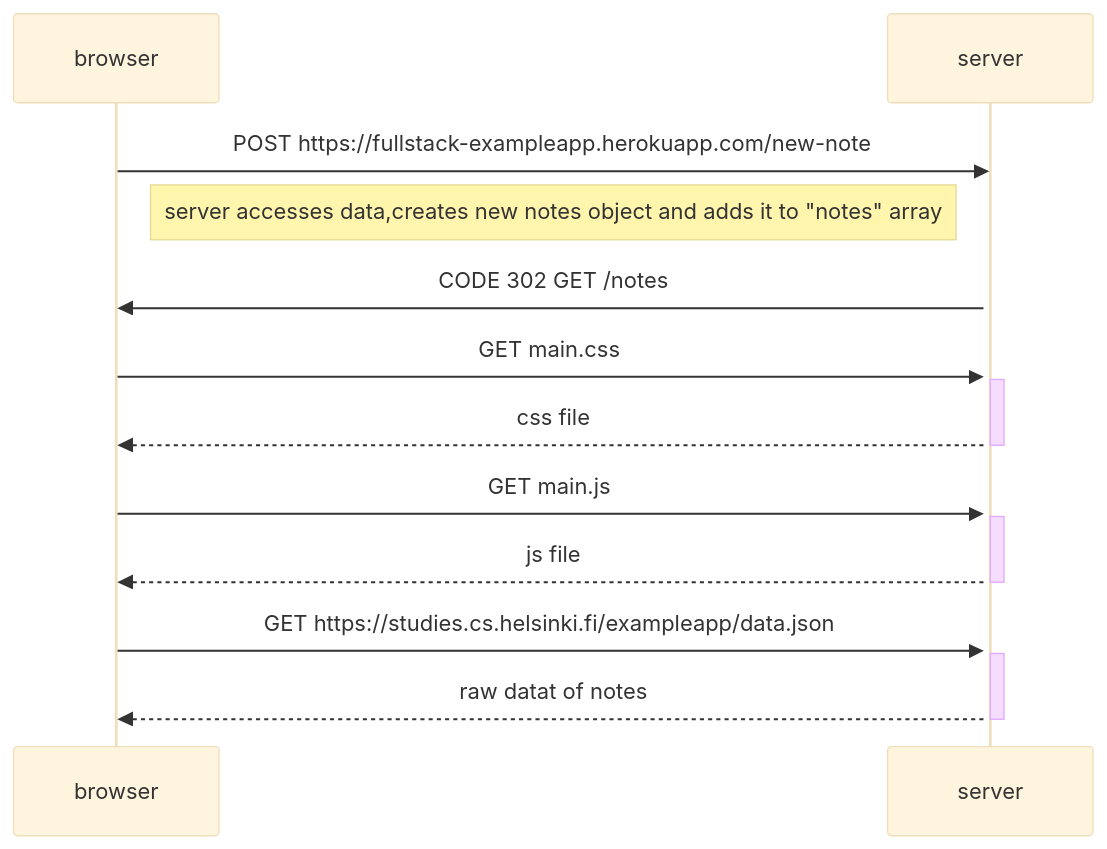
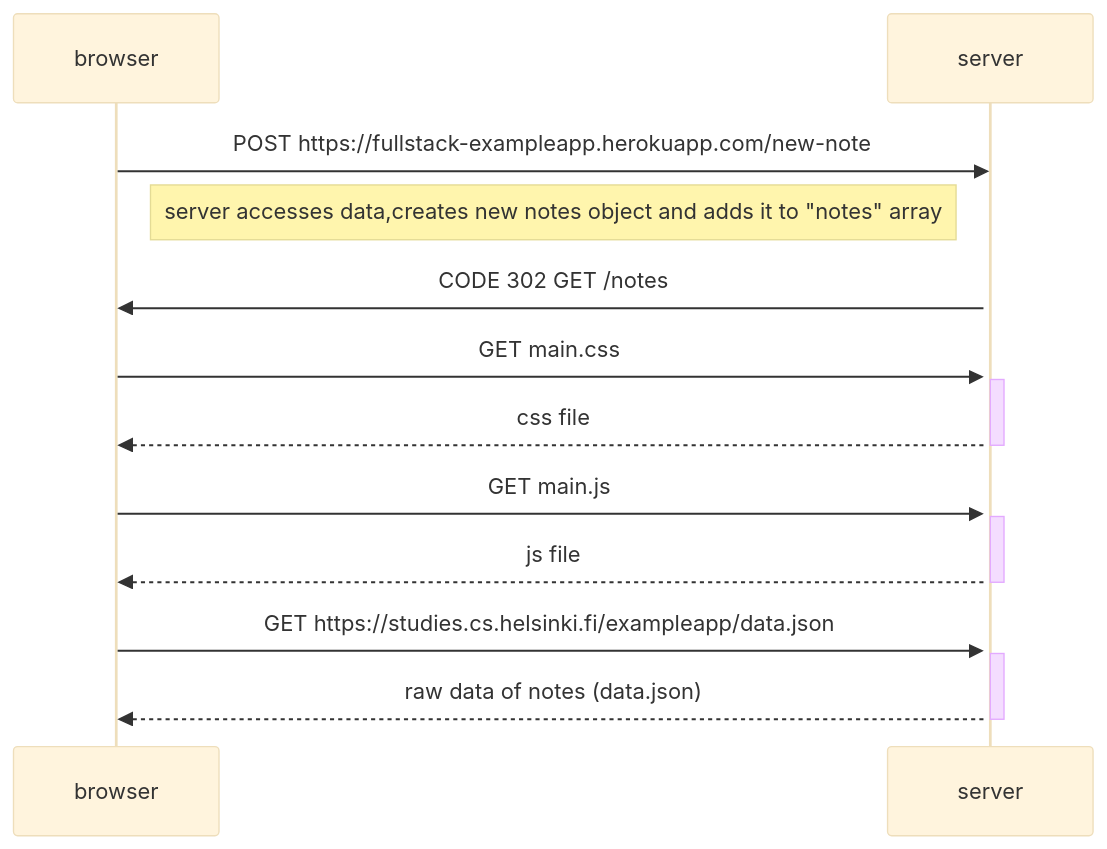
Before and after one commit to RagedRebel/fullstack: the diagram in part 0/ex4.md, drawn with Mermaid (base theme).

Commit message:
exercise 4 edit

````diff
--- a/part 0/ex4.md
+++ b/part 0/ex4.md
@@ -1,28 +1,28 @@
 ```mermaid
 sequenceDiagram
     participant browser
     participant server
 
     browser->>server: POST https://fullstack-exampleapp.herokuapp.com/new-note
     activate server
     Note left of server:server accesses data,creates new notes object and adds it to "notes" array
     server->>browser:CODE 302 GET /notes
 
     browser->>server: GET main.css
     activate server
     server-->>browser: css file
     deactivate server
 
     browser->>server: GET main.js
     activate server
     server-->>browser: js file
     deactivate server
 
 
     browser->>server: GET https://studies.cs.helsinki.fi/exampleapp/data.json
     activate server
-    server-->>browser: raw datat of notes
+    server-->>browser: raw data of notes (data.json)
     deactivate server
 
     
 ```
````
